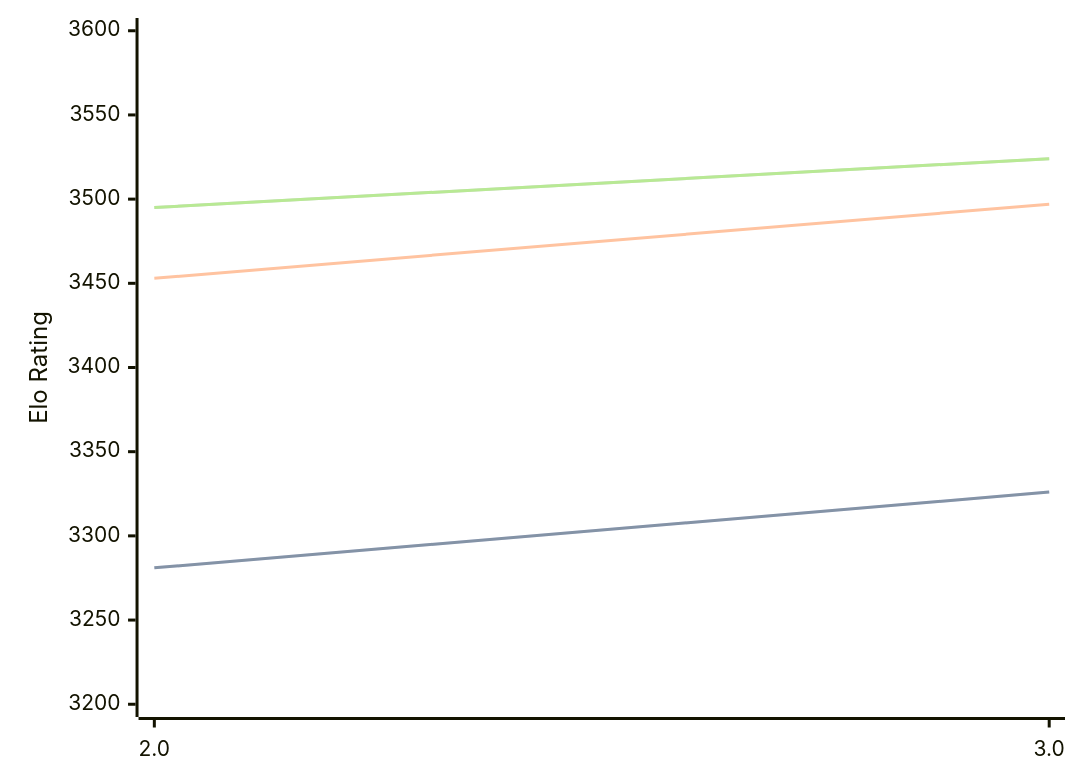
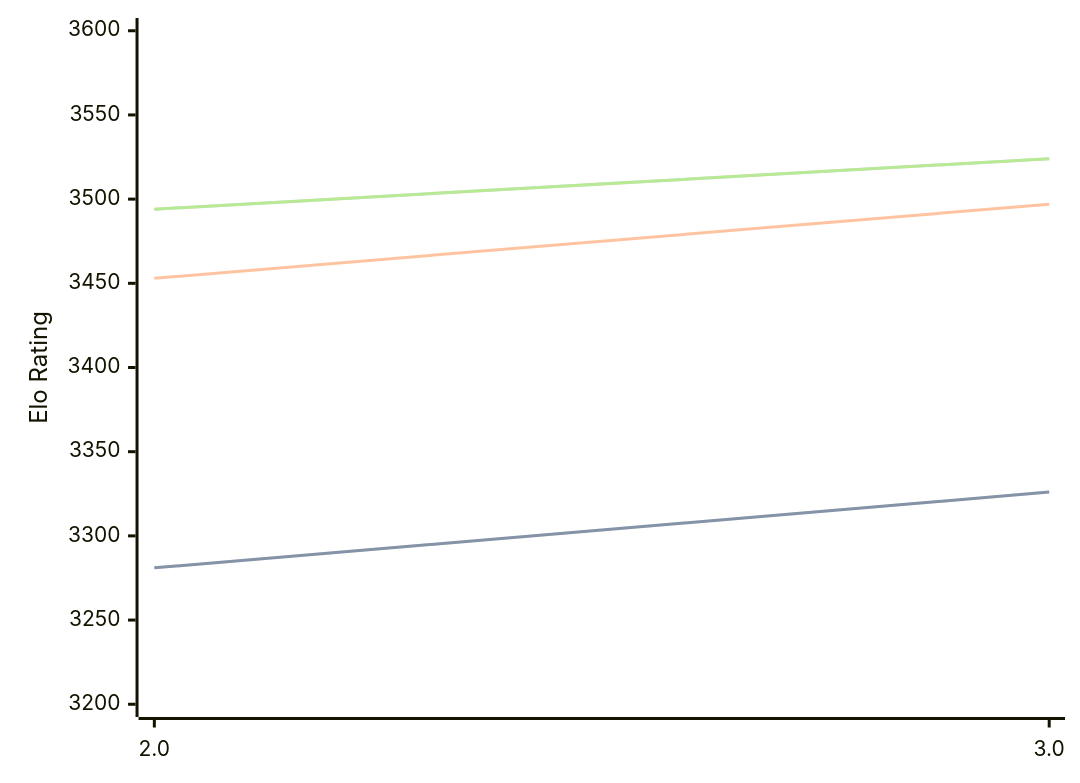
One commit to computer-chess-index/cci changed the diagram in engines/Quanticade.md. Above: the diagram before and after it, drawn with Mermaid. The commit also changed other lines of this file, not shown here.

Commit message:
Update CCI Ratings (ELO VLTC) - 2026-06-09

````diff
--- a/engines/Quanticade.md
+++ b/engines/Quanticade.md
@@ -41,11 +41,11 @@
 ```mermaid
 %%{init: {"theme":"base","themeVariables":{"seriesColors:['#a3a3a3','#222221','#faa371']}}}%%
 xychart-beta
   x-axis ["2.0", "3.0"]
   y-axis "Elo Rating" 3200 --> 3600
   line "STC (8.0+0.08s)" [3281, 3326]
   line "STC (8.0+0.08s)" [3281, 3326]
   line "LTC (60.0+0.60s)" [3453, 3497]
-  line "VLTC (2m24s+1.12s)" [3495, 3524]
-  line "VLTC (2m24s+1.12s)" [3495, 3524]
+  line "VLTC (2m24s+1.12s)" [3494, 3524]
+  line "VLTC (2m24s+1.12s)" [3494, 3524]
 ```
````
